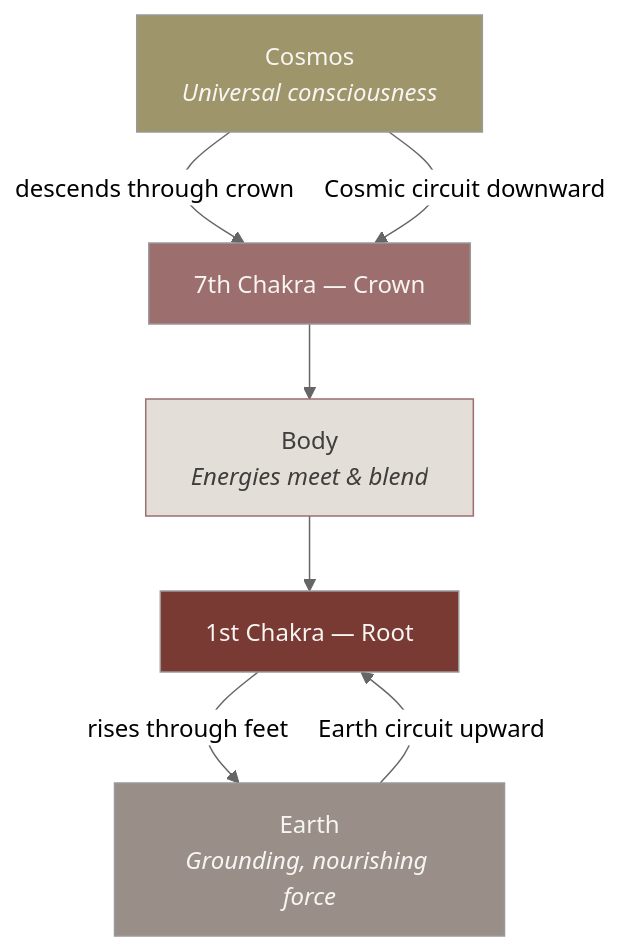
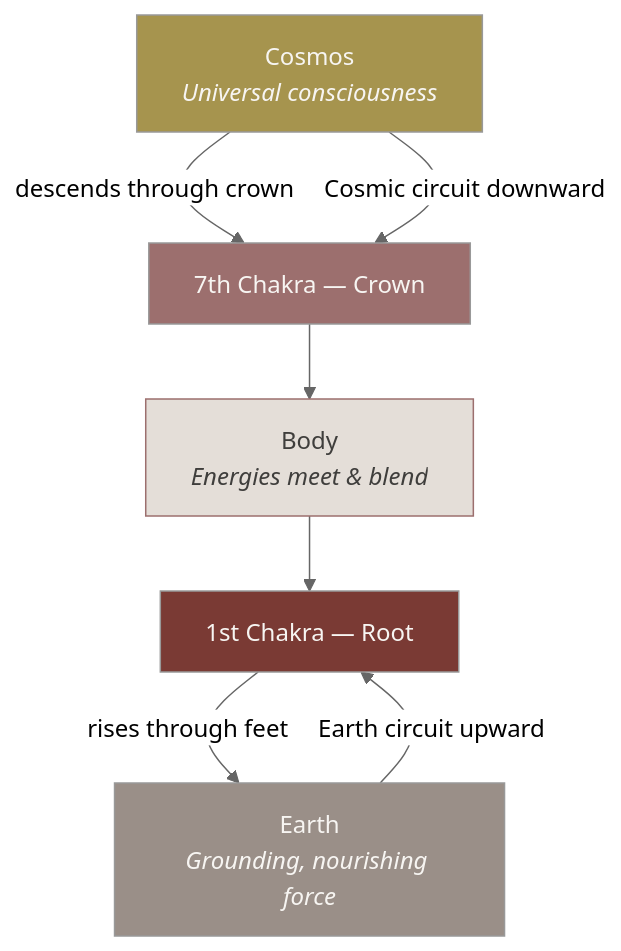
One commit to Light-Brands/roses-os changed diagram 11 of 28 in docs/brand-dna.md. Above: the diagram before and after it, drawn with Mermaid (neutral theme). The commit also changed other lines of this file and 1 other file, not shown here.

````diff
--- a/docs/brand-dna.md
+++ b/docs/brand-dna.md
@@ -552,16 +552,16 @@
 ```mermaid
 graph TD
     COSMOS["Cosmos<br/><i>Universal consciousness</i>"]
     COSMOS -->|"descends through crown"| CROWN["7th Chakra — Crown"]
     CROWN --> BODY["Body<br/><i>Energies meet & blend</i>"]
     BODY --> ROOT["1st Chakra — Root"]
     ROOT -->|"rises through feet"| EARTH["Earth<br/><i>Grounding, nourishing force</i>"]
     EARTH -->|"Earth circuit upward"| ROOT
     COSMOS -->|"Cosmic circuit downward"| CROWN
 
-    style COSMOS fill:#9E956B,color:#F7F5F2
+    style COSMOS fill:#A6944E,color:#F7F5F2
     style CROWN fill:#9C6F6E,color:#F7F5F2
     style BODY fill:#E4DED8,color:#3F3E3C,stroke:#9C6F6E
     style ROOT fill:#7A3A34,color:#F7F5F2
     style EARTH fill:#9A8F88,color:#F7F5F2
 ```
````
